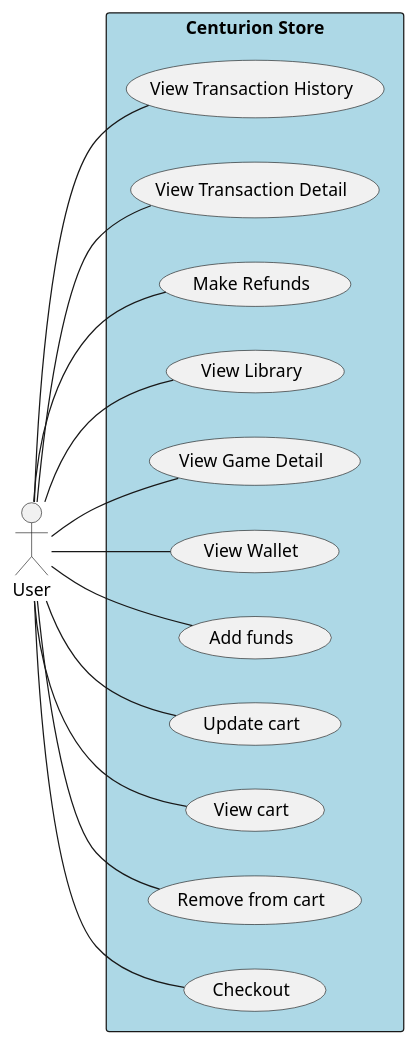
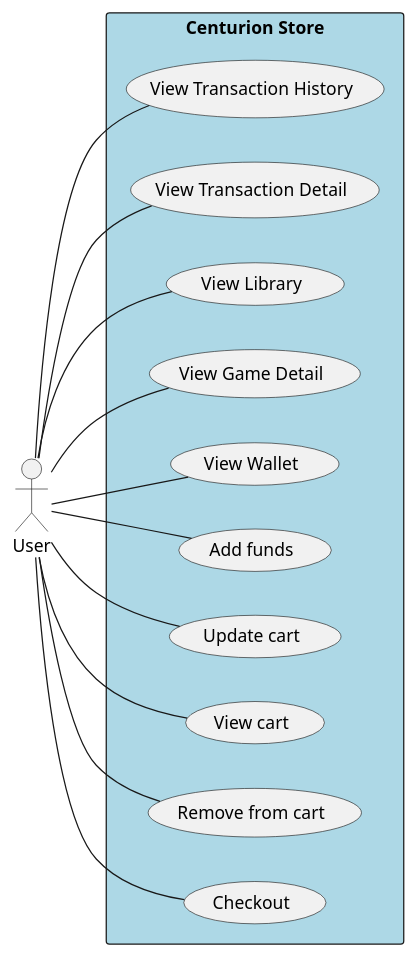
The ninth of 11 diagrams in reports/diagrams.md (PhanNTSon/prm_project), drawn with PlantUML before and after one commit. The commit also changed other lines of this file and 1 other file, not shown here.

````diff
--- a/reports/diagrams.md
+++ b/reports/diagrams.md
@@ -347,33 +335,31 @@
 ```plantuml
 @startuml
 left to right direction
 skinparam packageStyle rectangle
 actor User
 
 rectangle "Centurion Store" #LightBlue {
   usecase "View Transaction History" as UC9
   usecase "View Transaction Detail" as UC10
-  usecase "Make Refunds" as UC11
   usecase "View Library" as UC12
   usecase "View Game Detail" as UC13
   usecase "View Wallet" as UC14
   usecase "Add funds" as UC15
   usecase "Update cart" as UC16
   usecase "View cart" as UC17
   usecase "Remove from cart" as UC18
   usecase "Checkout" as UC19
 }
 
 User -- UC9
 User -- UC10
-User -- UC11
 User -- UC12
 User -- UC13
 User -- UC14
 User -- UC15
 User -- UC16
 User -- UC17
 User -- UC18
 User -- UC19
 @enduml
 ```
````
